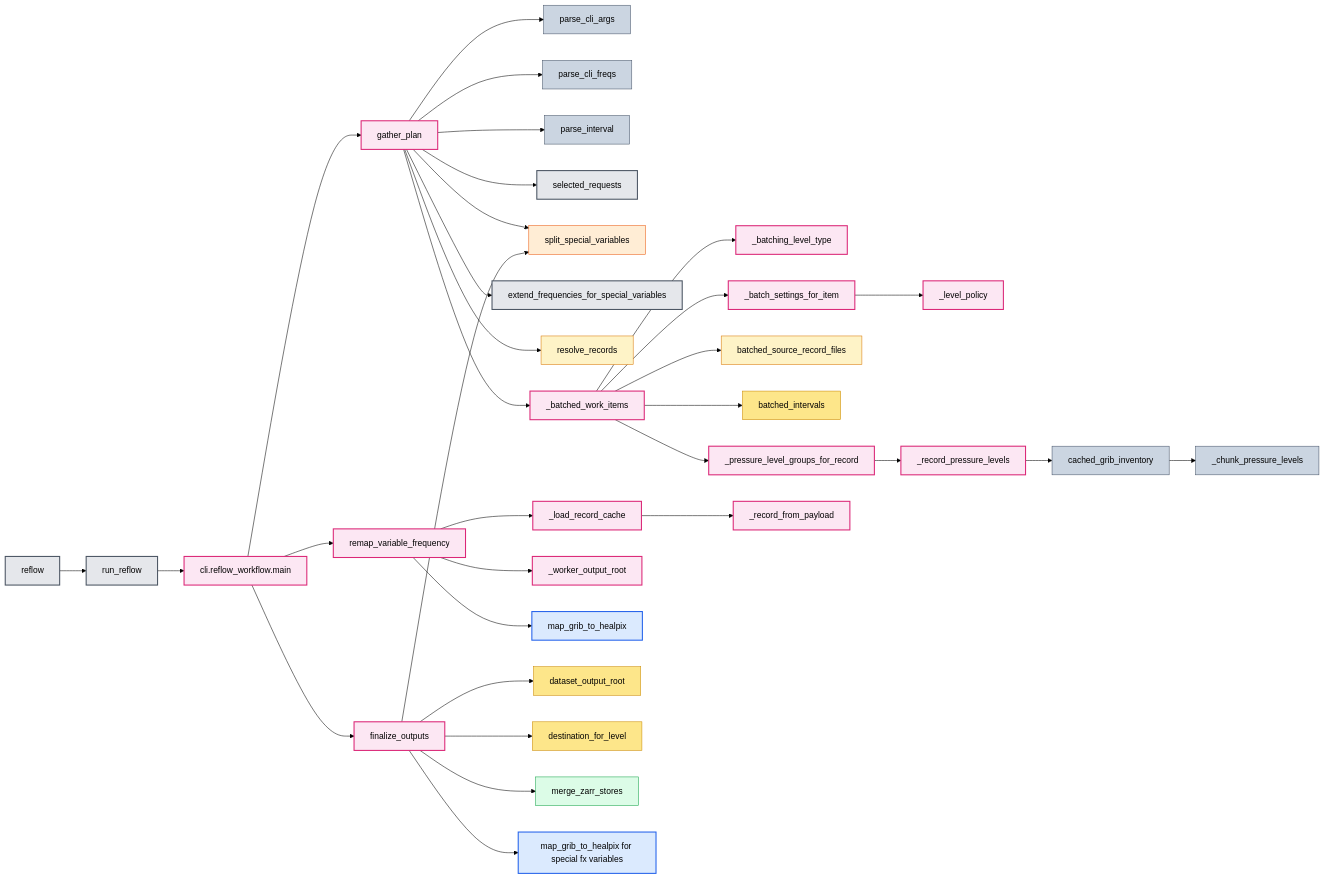
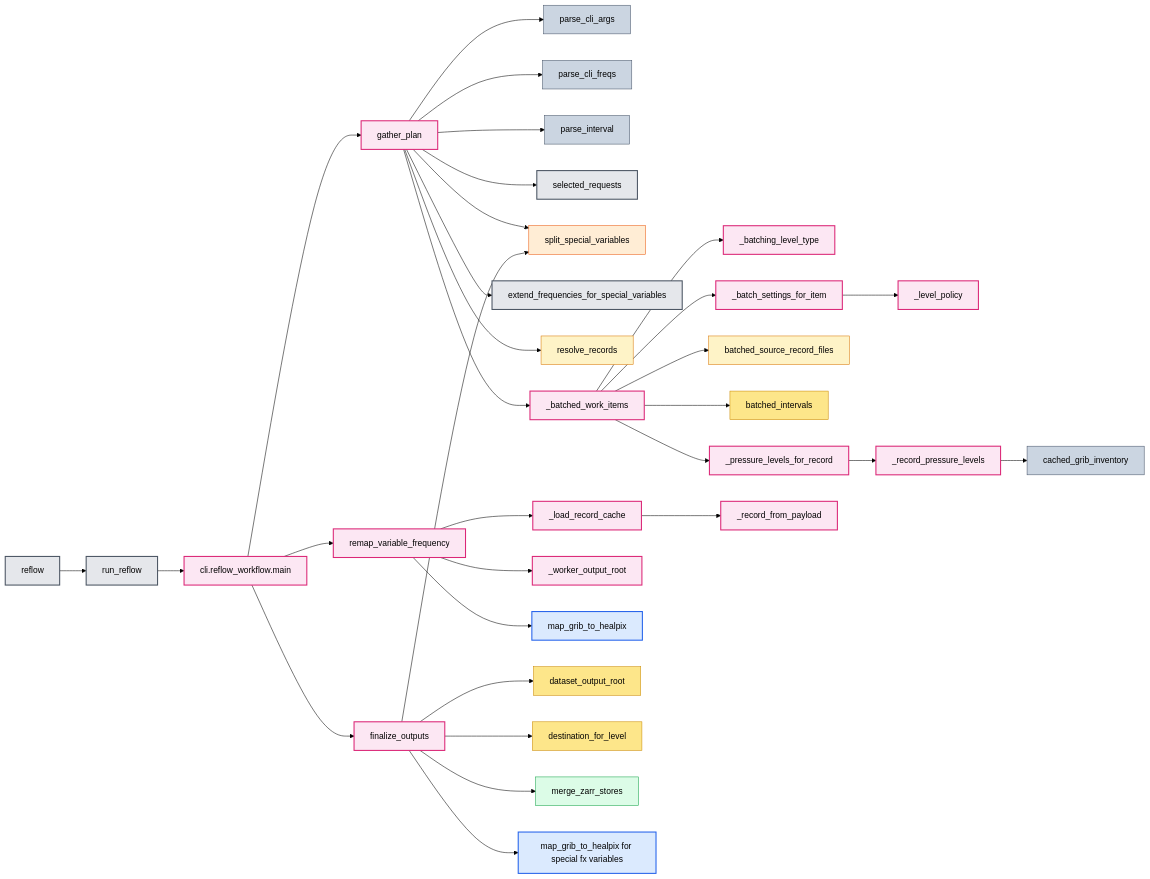
Before and after one commit to freva-org/grid-doctor: diagram 11 of 11 in scripts/era5land/FUNCTION_CALL_GRAPH.md, drawn with Mermaid (forest theme). The commit also changed other lines of this file and 6 other files, not shown here.

First line of the commit message:
feat(remap-reflow): add option to remap certain pressure-levels, add more tests

````diff
--- a/scripts/era5land/FUNCTION_CALL_GRAPH.md
+++ b/scripts/era5land/FUNCTION_CALL_GRAPH.md
@@ -521,53 +521,52 @@
 ```mermaid
 flowchart LR
     reflow[reflow] --> run_reflow
     run_reflow --> reflow_main[cli.reflow_workflow.main]
     reflow_main --> gather_plan
     gather_plan --> parse_cli_args
     gather_plan --> parse_cli_freqs
     gather_plan --> parse_interval
     gather_plan --> selected_requests
     gather_plan --> split_special_variables
     gather_plan --> extend_frequencies_for_special_variables
     gather_plan --> resolve_records
     gather_plan --> _batched_work_items
     _batched_work_items --> _batching_level_type
     _batched_work_items --> _batch_settings_for_item
     _batch_settings_for_item --> _level_policy
     _batched_work_items --> batched_source_record_files
     _batched_work_items --> batched_intervals
-    _batched_work_items --> _pressure_level_groups_for_record
-    _pressure_level_groups_for_record --> _record_pressure_levels
+    _batched_work_items --> _pressure_levels_for_record
+    _pressure_levels_for_record --> _record_pressure_levels
     _record_pressure_levels --> cached_grib_inventory
-    cached_grib_inventory --> _chunk_pressure_levels
     reflow_main --> remap_variable_frequency
     remap_variable_frequency --> _load_record_cache
     _load_record_cache --> _record_from_payload
     remap_variable_frequency --> _worker_output_root
     remap_variable_frequency --> map_grib_to_healpix
     reflow_main --> finalize_outputs
     finalize_outputs --> dataset_output_root
     finalize_outputs --> destination_for_level
     finalize_outputs --> merge_zarr_stores
     finalize_outputs --> split_special_variables
     finalize_outputs --> special_fx_map[map_grib_to_healpix for special fx variables]
 
     class reflow,run_reflow remapper
-    class reflow_main,gather_plan,_batched_work_items,_batching_level_type,_batch_settings_for_item,_level_policy,_pressure_level_groups_for_record,_record_pressure_levels,remap_variable_frequency,_load_record_cache,_record_from_payload,_worker_output_root,finalize_outputs reflow_cli
+    class reflow_main,gather_plan,_batched_work_items,_batching_level_type,_batch_settings_for_item,_level_policy,_pressure_levels_for_record,_record_pressure_levels,remap_variable_frequency,_load_record_cache,_record_from_payload,_worker_output_root,finalize_outputs reflow_cli
     class selected_requests,extend_frequencies_for_special_variables remapper
-    class parse_cli_args,parse_cli_freqs,parse_interval supporting
+    class parse_cli_args,parse_cli_freqs,parse_interval,parse_pressure_levels supporting
     class batched_source_record_files,resolve_records file_fetcher
     class batched_intervals,dataset_output_root,destination_for_level formatter
     class split_special_variables special
-    class cached_grib_inventory,_chunk_pressure_levels supporting
+    class cached_grib_inventory supporting
     class map_grib_to_healpix,special_fx_map mapper
     class merge_zarr_stores zarr_publisher
     classDef remapper fill:#e5e7eb,stroke:#4b5563,color:#000000,stroke-width:2px
     classDef reflow_cli fill:#fce7f3,stroke:#db2777,color:#000000,stroke-width:2px
     classDef file_fetcher fill:#fef3c7,stroke:#d97706,color:#000000
     classDef formatter fill:#fde68a,stroke:#ca8a04,color:#000000
     classDef special fill:#ffedd5,stroke:#ea580c,color:#000000
     classDef supporting fill:#cbd5e1,stroke:#475569,color:#000000
     classDef mapper fill:#dbeafe,stroke:#2563eb,color:#000000,stroke-width:2px
     classDef zarr_publisher fill:#dcfce7,stroke:#16a34a,color:#000000
 ```
````
